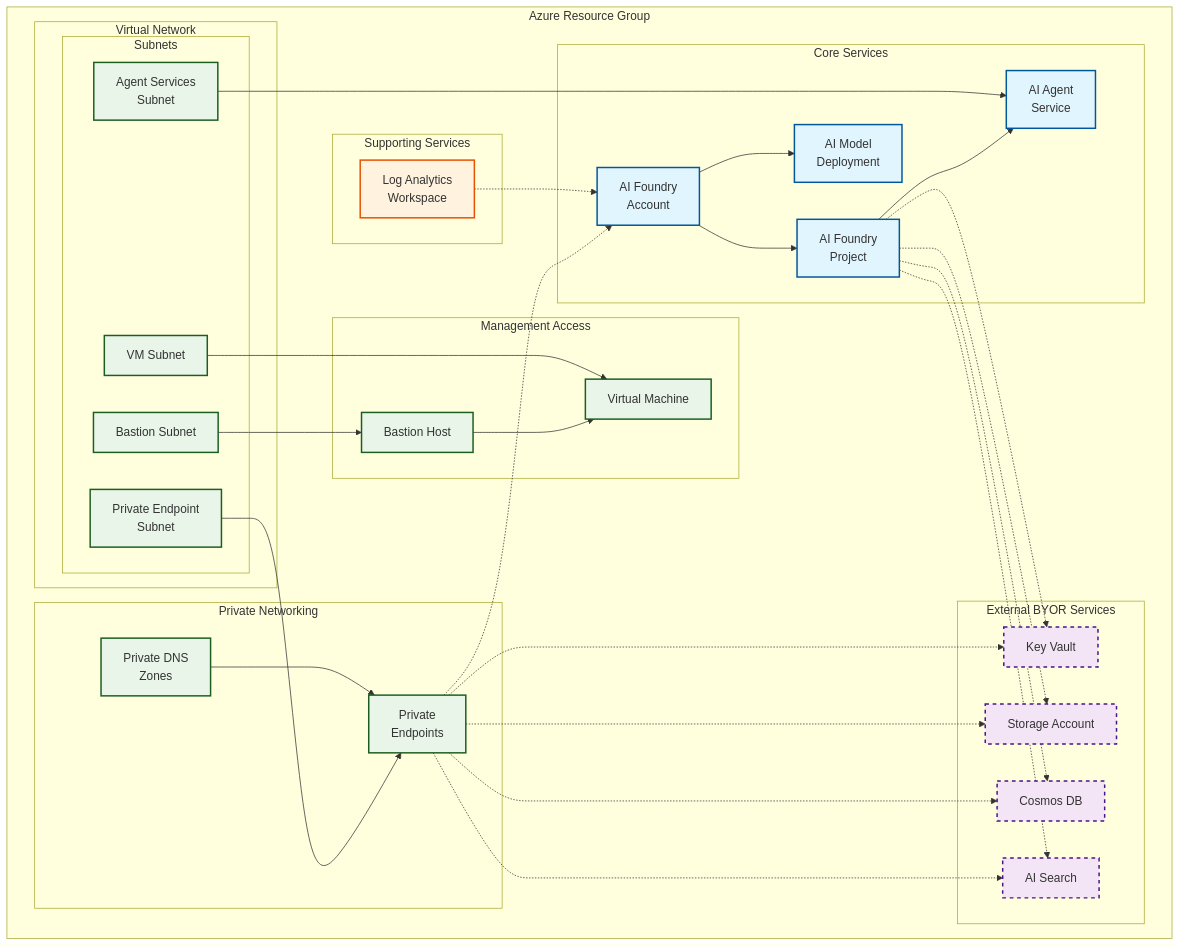
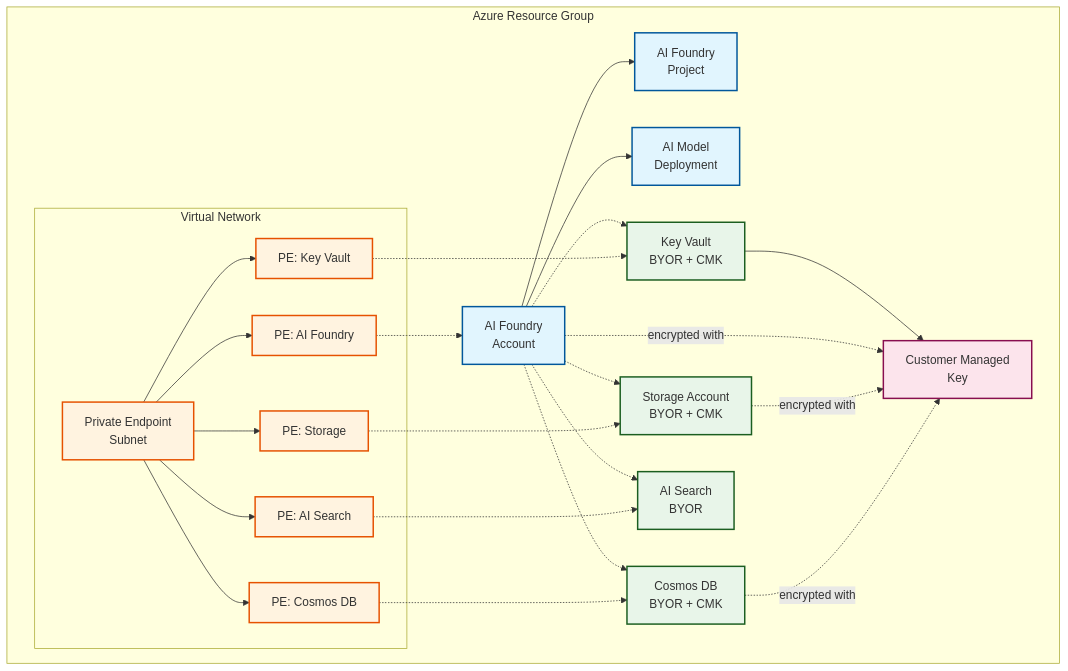
The diagram in examples/private-byor-cmk/README.md (Azure/terraform-azurerm-avm-ptn-aiml-ai-foundry), drawn with Mermaid before and after one commit. The commit also changed other lines of this file and 27 other files, not shown here.

````diff
--- a/examples/private-byor-cmk/README.md
+++ b/examples/private-byor-cmk/README.md
@@ -11,78 +11,55 @@
 ```mermaid
 graph TB
     subgraph "Azure Resource Group"
         subgraph "Virtual Network"
-            subgraph "Subnets"
-                PESNET[Private Endpoint<br/>Subnet]
-                AGENTSNET[Agent Services<br/>Subnet]
-                BASSNET[Bastion Subnet]
-                VMSNET[VM Subnet]
-            end
+            PE_SUBNET[Private Endpoint<br/>Subnet]
+            PE_AF[PE: AI Foundry]
+            PE_KV[PE: Key Vault]
+            PE_ST[PE: Storage]
+            PE_CS[PE: Cosmos DB]
+            PE_AS[PE: AI Search]
         end
-        
-        subgraph "Core Services"
-            AF[AI Foundry<br/>Account]
-            AFP[AI Foundry<br/>Project]
-            AFS[AI Agent<br/>Service]
-            AMD[AI Model<br/>Deployment]
-        end
-        
-        subgraph "External BYOR Services"
-            KV[Key Vault]
-            SA[Storage Account]
-            CDB[Cosmos DB]
-            AIS[AI Search]
-        end
-        
-        subgraph "Private Networking"
-            DNS[Private DNS<br/>Zones]
-            PE[Private<br/>Endpoints]
-        end
-        
-        subgraph "Management Access"
-            BAS[Bastion Host]
-            VM[Virtual Machine]
-        end
-        
-        subgraph "Supporting Services"
-            LAW[Log Analytics<br/>Workspace]
-        end
+
+        AF[AI Foundry<br/>Account]
+        AFP[AI Foundry<br/>Project]
+        AMD[AI Model<br/>Deployment]
+        KV[Key Vault<br/>BYOR + CMK]
+        ST[Storage Account<br/>BYOR + CMK]
+        CS[Cosmos DB<br/>BYOR + CMK]
+        AS[AI Search<br/>BYOR]
+        CMK[Customer Managed<br/>Key]
     end
-    
-    %% Core relationships
+
     AF --> AFP
     AF --> AMD
-    AFP --> AFS
-    AFP -.-> KV
-    AFP -.-> SA
-    AFP -.-> CDB
-    AFP -.-> AIS
-    
-    %% Private connectivity
-    PE -.-> AF
-    PE -.-> KV
-    PE -.-> SA
-    PE -.-> CDB
-    PE -.-> AIS
-    PESNET --> PE
-    AGENTSNET --> AFS
-    DNS --> PE
-    
-    %% Management access
-    BAS --> VM
-    BASSNET --> BAS
-    VMSNET --> VM
-    
-    %% Supporting relationships
-    LAW -.-> AF
-    
+    AF -.-> KV
+    AF -.-> ST
+    AF -.-> CS
+    AF -.-> AS
+
+    KV --> CMK
+    AF -. encrypted with .-> CMK
+    ST -. encrypted with .-> CMK
+    CS -. encrypted with .-> CMK
+
+    PE_AF -.-> AF
+    PE_KV -.-> KV
+    PE_ST -.-> ST
+    PE_CS -.-> CS
+    PE_AS -.-> AS
+
+    PE_SUBNET --> PE_AF
+    PE_SUBNET --> PE_KV
+    PE_SUBNET --> PE_ST
+    PE_SUBNET --> PE_CS
+    PE_SUBNET --> PE_AS
+
     classDef required fill:#e1f5fe,stroke:#01579b,stroke-width:2px
-    classDef byor fill:#f3e5f5,stroke:#4a148c,stroke-width:2px,stroke-dasharray: 5 5
-    classDef network fill:#e8f5e8,stroke:#1b5e20,stroke-width:2px
-    classDef support fill:#fff3e0,stroke:#e65100,stroke-width:2px
-    
-    class AF,AFP,AFS,AMD required
-    class KV,SA,CDB,AIS byor
-    class PESNET,AGENTSNET,BASSNET,VMSNET,DNS,PE,BAS,VM network
-    class LAW support
+    classDef byor fill:#e8f5e9,stroke:#1b5e20,stroke-width:2px
+    classDef network fill:#fff3e0,stroke:#e65100,stroke-width:2px
+    classDef security fill:#fce4ec,stroke:#880e4f,stroke-width:2px
+    class AF,AFP,AMD required
+    class KV,ST,CS,AS byor
+    class PE_SUBNET,PE_AF,PE_KV,PE_ST,PE_CS,PE_AS network
+    class CMK security
 ```
````
